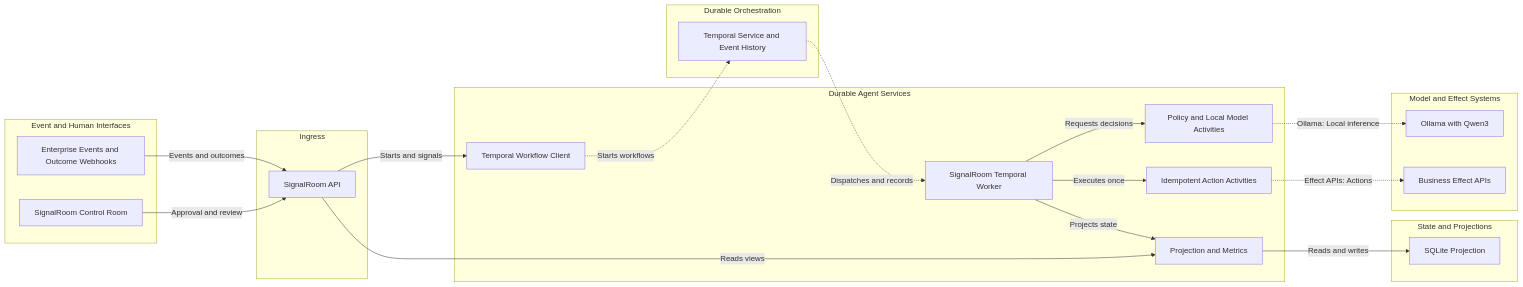
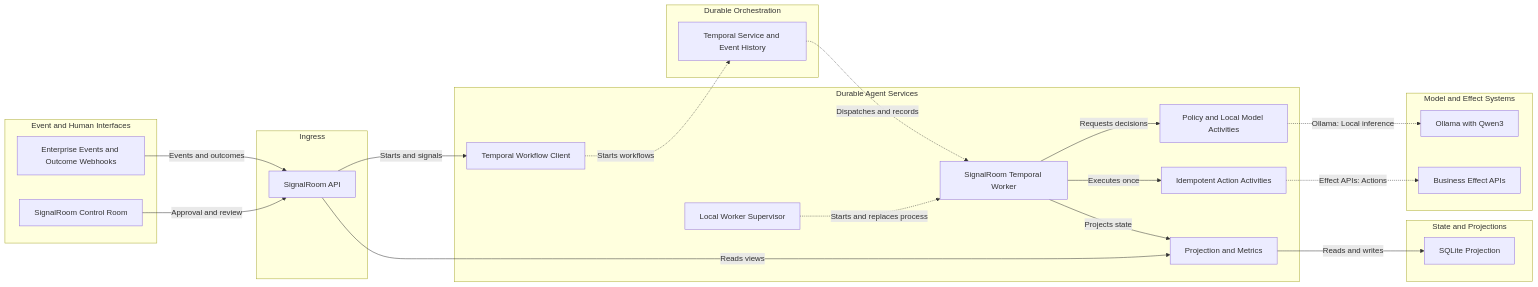
The diagram in docs/signalroom-architecture.mmd (musicalScorpio/signalroom), drawn with Mermaid before and after one commit. The commit also changed 10 other files, not shown here.

```diff
--- a/docs/signalroom-architecture.mmd
+++ b/docs/signalroom-architecture.mmd
@@ -1,38 +1,40 @@
 flowchart LR
     subgraph client ["Event and Human Interfaces"]
         eventSources["Enterprise Events and Outcome Webhooks"]
         controlRoom["SignalRoom Control Room"]
     end
     subgraph gateway ["Ingress"]
         api["SignalRoom API"]
     end
     subgraph service ["Durable Agent Services"]
         workflowClient["Temporal Workflow Client"]
+        supervisor["Local Worker Supervisor"]
         worker["SignalRoom Temporal Worker"]
         decision["Policy and Local Model Activities"]
         effects["Idempotent Action Activities"]
         projector["Projection and Metrics"]
     end
     subgraph datastore ["State and Projections"]
         sqlite["SQLite Projection"]
     end
     subgraph external ["Model and Effect Systems"]
         ollama["Ollama with Qwen3"]
         effectTargets["Business Effect APIs"]
     end
     subgraph async ["Durable Orchestration"]
         temporal["Temporal Service and Event History"]
     end
 
     eventSources -->|"Events and outcomes"| api
     controlRoom -->|"Approval and review"| api
     api -->|"Starts and signals"| workflowClient
     api -->|"Reads views"| projector
     workflowClient -.->|"Starts workflows"| temporal
+    supervisor -.->|"Starts and replaces process"| worker
     temporal -.->|"Dispatches and records"| worker
     worker -->|"Requests decisions"| decision
     decision -.->|"Ollama: Local inference"| ollama
     worker -->|"Executes once"| effects
     effects -.->|"Effect APIs: Actions"| effectTargets
     worker -->|"Projects state"| projector
     projector -->|"Reads and writes"| sqlite
```
